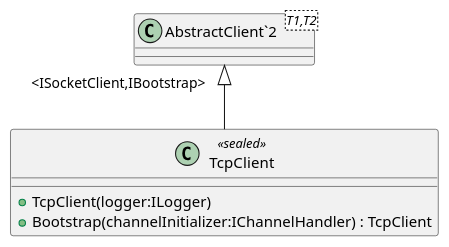
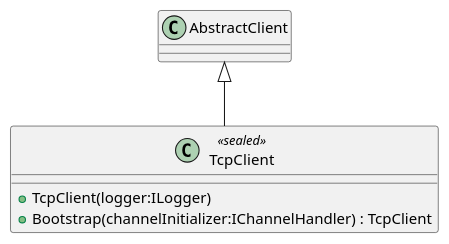
The diagram in Documentation/UML/Catalyst.Node.Common/Helpers/IO/Outbound/TcpClient.puml (catalyst-network/Catalyst), drawn with PlantUML before and after one commit. The commit also changed 20 other files, not shown here.

```diff
--- a/Documentation/UML/Catalyst.Node.Common/Helpers/IO/Outbound/TcpClient.puml
+++ b/Documentation/UML/Catalyst.Node.Common/Helpers/IO/Outbound/TcpClient.puml
@@ -1,9 +1,7 @@
 @startuml
 class TcpClient <<sealed>> {
     + TcpClient(logger:ILogger)
     + Bootstrap(channelInitializer:IChannelHandler) : TcpClient
 }
-class "AbstractClient`2"<T1,T2> {
-}
-"AbstractClient`2" "<ISocketClient,IBootstrap>" <|-- TcpClient
+AbstractClient <|-- TcpClient
 @enduml
```
